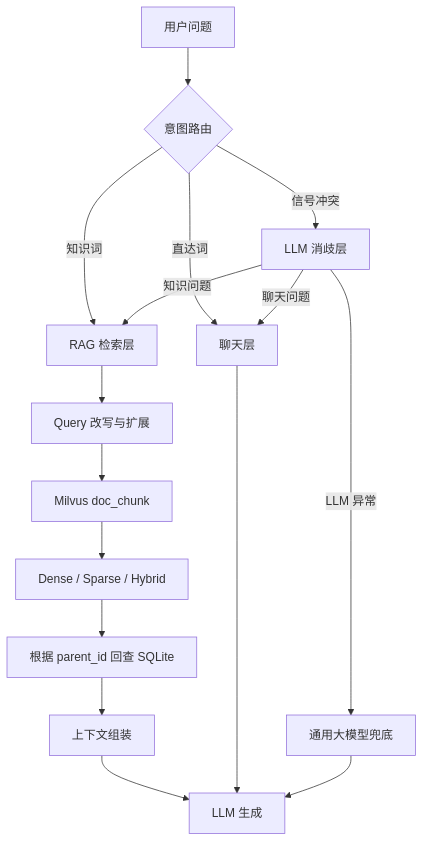
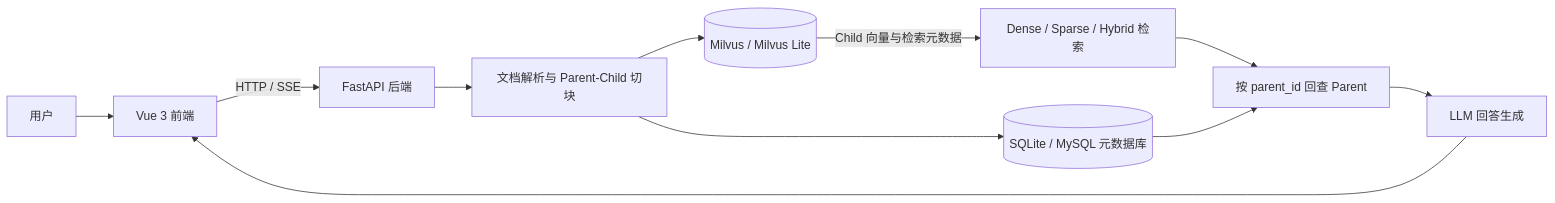
Before and after one commit to GuLu37/Enterprise-Knowledge-System: the second of 2 diagrams in README.md, drawn with Mermaid. The commit also changed other lines of this file, not shown here.

````diff
--- a/README.md
+++ b/README.md
@@ -104,19 +114,13 @@
 ```mermaid
-flowchart TD
-    Q[用户问题] --> R{意图路由}
-    R -->|直达词| C[聊天层]
-    R -->|知识词| K[RAG 检索层]
-    R -->|信号冲突| D[LLM 消歧层]
-    D -->|知识问题| K
-    D -->|聊天问题| C
-    D -->|LLM 异常| B[通用大模型兜底]
-
-    K --> W[Query 改写与扩展]
-    W --> V[Milvus doc_chunk]
-    V --> H[Dense / Sparse / Hybrid]
-    H --> P[根据 parent_id 回查 SQLite]
-    P --> G[上下文组装]
-    G --> A[LLM 生成]
-    C --> A
-    B --> A
+flowchart LR
+    U[用户] --> F[Vue 3 前端]
+    F -->|HTTP / SSE| A[FastAPI 后端]
+    A --> I[文档解析与 Parent-Child 切块]
+    I --> S[(SQLite / MySQL 元数据库)]
+    I --> M[(Milvus / Milvus Lite)]
+    M -->|Child 向量与检索元数据| R[Dense / Sparse / Hybrid 检索]
+    R --> P[按 parent_id 回查 Parent]
+    S --> P
+    P --> L[LLM 回答生成]
+    L --> F
 ```
````
